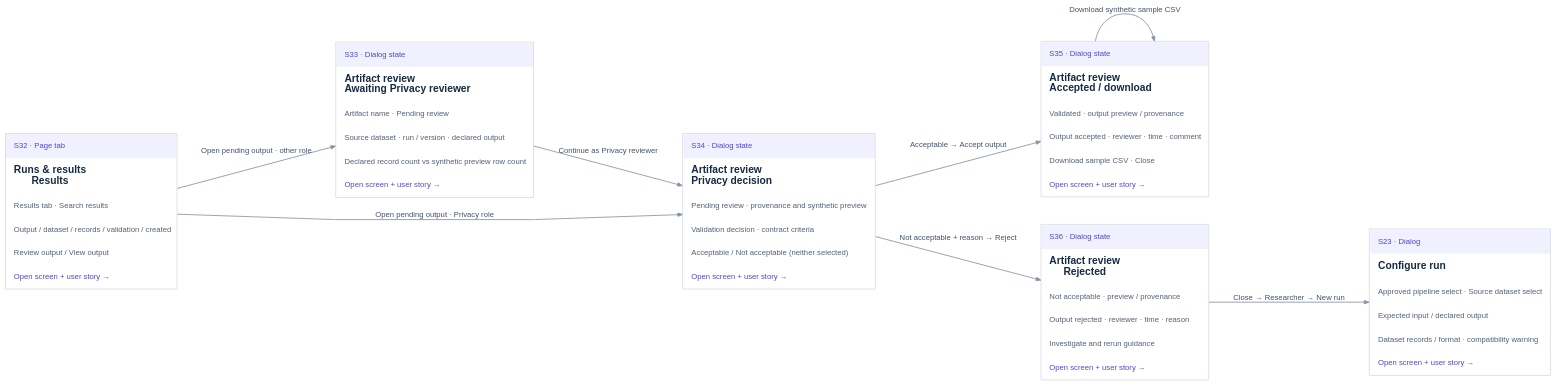
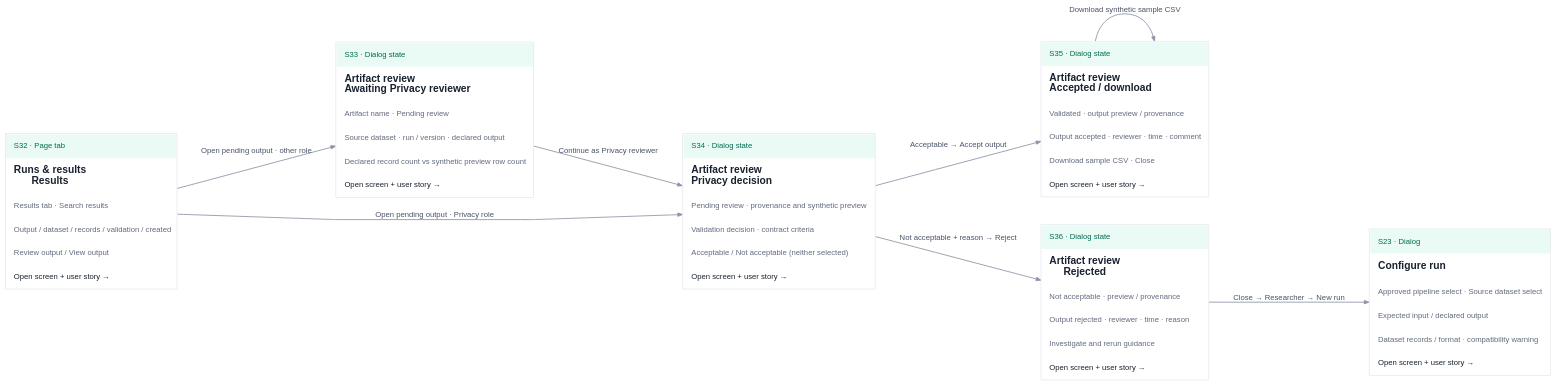
Before and after one commit to T-dotnet/Zero_trust: the diagram in public/mvp-flow-docs/flows/F09.dot, drawn with Graphviz. The commit also changed 50 other files, not shown here.

```diff
--- a/public/mvp-flow-docs/flows/F09.dot
+++ b/public/mvp-flow-docs/flows/F09.dot
@@ -1,18 +1,18 @@
 digraph flow {
 graph [rankdir=LR, bgcolor="transparent", pad="0.25", nodesep="0.6", ranksep="1.05", splines=polyline, outputorder=edgesfirst];
 node [shape=plain, fontname="Arial"];
-edge [color="#8590a2", fontcolor="#42526b", fontname="Arial", fontsize=12, arrowsize=0.75, penwidth=1.3];
-S32 [id="node-S32", href="#screen=S32&journey=F09", tooltip="Runs & results · Results", label=<<TABLE BORDER="1" COLOR="#cbd2df" CELLBORDER="0" CELLSPACING="0" CELLPADDING="12" BGCOLOR="white"><TR><TD ALIGN="LEFT" WIDTH="260" BGCOLOR="#f1f0ff"><FONT POINT-SIZE="12" COLOR="#5147cb">S32 · Page tab</FONT></TD></TR><TR><TD ALIGN="LEFT"><FONT POINT-SIZE="16" COLOR="#152b42"><B>Runs &amp; results<BR ALIGN="LEFT"/>Results</B></FONT></TD></TR><TR><TD ALIGN="LEFT"><FONT POINT-SIZE="12" COLOR="#52617a">Results tab · Search results</FONT></TD></TR><TR><TD ALIGN="LEFT"><FONT POINT-SIZE="12" COLOR="#52617a">Output / dataset / records / validation / created</FONT></TD></TR><TR><TD ALIGN="LEFT"><FONT POINT-SIZE="12" COLOR="#52617a">Review output / View output</FONT></TD></TR><TR><TD ALIGN="LEFT"><FONT POINT-SIZE="12" COLOR="#5147cb">Open screen + user story →</FONT></TD></TR></TABLE>>];
-S33 [id="node-S33", href="#screen=S33&journey=F09", tooltip="Artifact review · Awaiting Privacy reviewer", label=<<TABLE BORDER="1" COLOR="#cbd2df" CELLBORDER="0" CELLSPACING="0" CELLPADDING="12" BGCOLOR="white"><TR><TD ALIGN="LEFT" WIDTH="260" BGCOLOR="#f1f0ff"><FONT POINT-SIZE="12" COLOR="#5147cb">S33 · Dialog state</FONT></TD></TR><TR><TD ALIGN="LEFT"><FONT POINT-SIZE="16" COLOR="#152b42"><B>Artifact review<BR ALIGN="LEFT"/>Awaiting Privacy reviewer</B></FONT></TD></TR><TR><TD ALIGN="LEFT"><FONT POINT-SIZE="12" COLOR="#52617a">Artifact name · Pending review</FONT></TD></TR><TR><TD ALIGN="LEFT"><FONT POINT-SIZE="12" COLOR="#52617a">Source dataset · run / version · declared output</FONT></TD></TR><TR><TD ALIGN="LEFT"><FONT POINT-SIZE="12" COLOR="#52617a">Declared record count vs synthetic preview row count</FONT></TD></TR><TR><TD ALIGN="LEFT"><FONT POINT-SIZE="12" COLOR="#5147cb">Open screen + user story →</FONT></TD></TR></TABLE>>];
-S34 [id="node-S34", href="#screen=S34&journey=F09", tooltip="Artifact review · Privacy decision", label=<<TABLE BORDER="1" COLOR="#cbd2df" CELLBORDER="0" CELLSPACING="0" CELLPADDING="12" BGCOLOR="white"><TR><TD ALIGN="LEFT" WIDTH="260" BGCOLOR="#f1f0ff"><FONT POINT-SIZE="12" COLOR="#5147cb">S34 · Dialog state</FONT></TD></TR><TR><TD ALIGN="LEFT"><FONT POINT-SIZE="16" COLOR="#152b42"><B>Artifact review<BR ALIGN="LEFT"/>Privacy decision</B></FONT></TD></TR><TR><TD ALIGN="LEFT"><FONT POINT-SIZE="12" COLOR="#52617a">Pending review · provenance and synthetic preview</FONT></TD></TR><TR><TD ALIGN="LEFT"><FONT POINT-SIZE="12" COLOR="#52617a">Validation decision · contract criteria</FONT></TD></TR><TR><TD ALIGN="LEFT"><FONT POINT-SIZE="12" COLOR="#52617a">Acceptable / Not acceptable (neither selected)</FONT></TD></TR><TR><TD ALIGN="LEFT"><FONT POINT-SIZE="12" COLOR="#5147cb">Open screen + user story →</FONT></TD></TR></TABLE>>];
-S35 [id="node-S35", href="#screen=S35&journey=F09", tooltip="Artifact review · Accepted / download", label=<<TABLE BORDER="1" COLOR="#cbd2df" CELLBORDER="0" CELLSPACING="0" CELLPADDING="12" BGCOLOR="white"><TR><TD ALIGN="LEFT" WIDTH="260" BGCOLOR="#f1f0ff"><FONT POINT-SIZE="12" COLOR="#5147cb">S35 · Dialog state</FONT></TD></TR><TR><TD ALIGN="LEFT"><FONT POINT-SIZE="16" COLOR="#152b42"><B>Artifact review<BR ALIGN="LEFT"/>Accepted / download</B></FONT></TD></TR><TR><TD ALIGN="LEFT"><FONT POINT-SIZE="12" COLOR="#52617a">Validated · output preview / provenance</FONT></TD></TR><TR><TD ALIGN="LEFT"><FONT POINT-SIZE="12" COLOR="#52617a">Output accepted · reviewer · time · comment</FONT></TD></TR><TR><TD ALIGN="LEFT"><FONT POINT-SIZE="12" COLOR="#52617a">Download sample CSV · Close</FONT></TD></TR><TR><TD ALIGN="LEFT"><FONT POINT-SIZE="12" COLOR="#5147cb">Open screen + user story →</FONT></TD></TR></TABLE>>];
-S36 [id="node-S36", href="#screen=S36&journey=F09", tooltip="Artifact review · Rejected", label=<<TABLE BORDER="1" COLOR="#cbd2df" CELLBORDER="0" CELLSPACING="0" CELLPADDING="12" BGCOLOR="white"><TR><TD ALIGN="LEFT" WIDTH="260" BGCOLOR="#f1f0ff"><FONT POINT-SIZE="12" COLOR="#5147cb">S36 · Dialog state</FONT></TD></TR><TR><TD ALIGN="LEFT"><FONT POINT-SIZE="16" COLOR="#152b42"><B>Artifact review<BR ALIGN="LEFT"/>Rejected</B></FONT></TD></TR><TR><TD ALIGN="LEFT"><FONT POINT-SIZE="12" COLOR="#52617a">Not acceptable · preview / provenance</FONT></TD></TR><TR><TD ALIGN="LEFT"><FONT POINT-SIZE="12" COLOR="#52617a">Output rejected · reviewer · time · reason</FONT></TD></TR><TR><TD ALIGN="LEFT"><FONT POINT-SIZE="12" COLOR="#52617a">Investigate and rerun guidance</FONT></TD></TR><TR><TD ALIGN="LEFT"><FONT POINT-SIZE="12" COLOR="#5147cb">Open screen + user story →</FONT></TD></TR></TABLE>>];
-S23 [id="node-S23", href="#screen=S23&journey=F09", tooltip="Configure run", label=<<TABLE BORDER="1" COLOR="#cbd2df" CELLBORDER="0" CELLSPACING="0" CELLPADDING="12" BGCOLOR="white"><TR><TD ALIGN="LEFT" WIDTH="260" BGCOLOR="#f1f0ff"><FONT POINT-SIZE="12" COLOR="#5147cb">S23 · Dialog</FONT></TD></TR><TR><TD ALIGN="LEFT"><FONT POINT-SIZE="16" COLOR="#152b42"><B>Configure run</B></FONT></TD></TR><TR><TD ALIGN="LEFT"><FONT POINT-SIZE="12" COLOR="#52617a">Approved pipeline select · Source dataset select</FONT></TD></TR><TR><TD ALIGN="LEFT"><FONT POINT-SIZE="12" COLOR="#52617a">Expected input / declared output</FONT></TD></TR><TR><TD ALIGN="LEFT"><FONT POINT-SIZE="12" COLOR="#52617a">Dataset records / format · compatibility warning</FONT></TD></TR><TR><TD ALIGN="LEFT"><FONT POINT-SIZE="12" COLOR="#5147cb">Open screen + user story →</FONT></TD></TR></TABLE>>];
+edge [color="#8c91a4", fontcolor="#495268", fontname="Arial", fontsize=12, arrowsize=0.75, penwidth=1.3];
+S32 [id="node-S32", href="#screen=S32&journey=F09", tooltip="Runs & results · Results", label=<<TABLE BORDER="1" COLOR="#e0e4ec" CELLBORDER="0" CELLSPACING="0" CELLPADDING="12" BGCOLOR="white"><TR><TD ALIGN="LEFT" WIDTH="260" BGCOLOR="#eafbf5"><FONT POINT-SIZE="12" COLOR="#006b50">S32 · Page tab</FONT></TD></TR><TR><TD ALIGN="LEFT"><FONT POINT-SIZE="16" COLOR="#18212f"><B>Runs &amp; results<BR ALIGN="LEFT"/>Results</B></FONT></TD></TR><TR><TD ALIGN="LEFT"><FONT POINT-SIZE="12" COLOR="#626a7e">Results tab · Search results</FONT></TD></TR><TR><TD ALIGN="LEFT"><FONT POINT-SIZE="12" COLOR="#626a7e">Output / dataset / records / validation / created</FONT></TD></TR><TR><TD ALIGN="LEFT"><FONT POINT-SIZE="12" COLOR="#626a7e">Review output / View output</FONT></TD></TR><TR><TD ALIGN="LEFT"><FONT POINT-SIZE="12" COLOR="#18212f">Open screen + user story →</FONT></TD></TR></TABLE>>];
+S33 [id="node-S33", href="#screen=S33&journey=F09", tooltip="Artifact review · Awaiting Privacy reviewer", label=<<TABLE BORDER="1" COLOR="#e0e4ec" CELLBORDER="0" CELLSPACING="0" CELLPADDING="12" BGCOLOR="white"><TR><TD ALIGN="LEFT" WIDTH="260" BGCOLOR="#eafbf5"><FONT POINT-SIZE="12" COLOR="#006b50">S33 · Dialog state</FONT></TD></TR><TR><TD ALIGN="LEFT"><FONT POINT-SIZE="16" COLOR="#18212f"><B>Artifact review<BR ALIGN="LEFT"/>Awaiting Privacy reviewer</B></FONT></TD></TR><TR><TD ALIGN="LEFT"><FONT POINT-SIZE="12" COLOR="#626a7e">Artifact name · Pending review</FONT></TD></TR><TR><TD ALIGN="LEFT"><FONT POINT-SIZE="12" COLOR="#626a7e">Source dataset · run / version · declared output</FONT></TD></TR><TR><TD ALIGN="LEFT"><FONT POINT-SIZE="12" COLOR="#626a7e">Declared record count vs synthetic preview row count</FONT></TD></TR><TR><TD ALIGN="LEFT"><FONT POINT-SIZE="12" COLOR="#18212f">Open screen + user story →</FONT></TD></TR></TABLE>>];
+S34 [id="node-S34", href="#screen=S34&journey=F09", tooltip="Artifact review · Privacy decision", label=<<TABLE BORDER="1" COLOR="#e0e4ec" CELLBORDER="0" CELLSPACING="0" CELLPADDING="12" BGCOLOR="white"><TR><TD ALIGN="LEFT" WIDTH="260" BGCOLOR="#eafbf5"><FONT POINT-SIZE="12" COLOR="#006b50">S34 · Dialog state</FONT></TD></TR><TR><TD ALIGN="LEFT"><FONT POINT-SIZE="16" COLOR="#18212f"><B>Artifact review<BR ALIGN="LEFT"/>Privacy decision</B></FONT></TD></TR><TR><TD ALIGN="LEFT"><FONT POINT-SIZE="12" COLOR="#626a7e">Pending review · provenance and synthetic preview</FONT></TD></TR><TR><TD ALIGN="LEFT"><FONT POINT-SIZE="12" COLOR="#626a7e">Validation decision · contract criteria</FONT></TD></TR><TR><TD ALIGN="LEFT"><FONT POINT-SIZE="12" COLOR="#626a7e">Acceptable / Not acceptable (neither selected)</FONT></TD></TR><TR><TD ALIGN="LEFT"><FONT POINT-SIZE="12" COLOR="#18212f">Open screen + user story →</FONT></TD></TR></TABLE>>];
+S35 [id="node-S35", href="#screen=S35&journey=F09", tooltip="Artifact review · Accepted / download", label=<<TABLE BORDER="1" COLOR="#e0e4ec" CELLBORDER="0" CELLSPACING="0" CELLPADDING="12" BGCOLOR="white"><TR><TD ALIGN="LEFT" WIDTH="260" BGCOLOR="#eafbf5"><FONT POINT-SIZE="12" COLOR="#006b50">S35 · Dialog state</FONT></TD></TR><TR><TD ALIGN="LEFT"><FONT POINT-SIZE="16" COLOR="#18212f"><B>Artifact review<BR ALIGN="LEFT"/>Accepted / download</B></FONT></TD></TR><TR><TD ALIGN="LEFT"><FONT POINT-SIZE="12" COLOR="#626a7e">Validated · output preview / provenance</FONT></TD></TR><TR><TD ALIGN="LEFT"><FONT POINT-SIZE="12" COLOR="#626a7e">Output accepted · reviewer · time · comment</FONT></TD></TR><TR><TD ALIGN="LEFT"><FONT POINT-SIZE="12" COLOR="#626a7e">Download sample CSV · Close</FONT></TD></TR><TR><TD ALIGN="LEFT"><FONT POINT-SIZE="12" COLOR="#18212f">Open screen + user story →</FONT></TD></TR></TABLE>>];
+S36 [id="node-S36", href="#screen=S36&journey=F09", tooltip="Artifact review · Rejected", label=<<TABLE BORDER="1" COLOR="#e0e4ec" CELLBORDER="0" CELLSPACING="0" CELLPADDING="12" BGCOLOR="white"><TR><TD ALIGN="LEFT" WIDTH="260" BGCOLOR="#eafbf5"><FONT POINT-SIZE="12" COLOR="#006b50">S36 · Dialog state</FONT></TD></TR><TR><TD ALIGN="LEFT"><FONT POINT-SIZE="16" COLOR="#18212f"><B>Artifact review<BR ALIGN="LEFT"/>Rejected</B></FONT></TD></TR><TR><TD ALIGN="LEFT"><FONT POINT-SIZE="12" COLOR="#626a7e">Not acceptable · preview / provenance</FONT></TD></TR><TR><TD ALIGN="LEFT"><FONT POINT-SIZE="12" COLOR="#626a7e">Output rejected · reviewer · time · reason</FONT></TD></TR><TR><TD ALIGN="LEFT"><FONT POINT-SIZE="12" COLOR="#626a7e">Investigate and rerun guidance</FONT></TD></TR><TR><TD ALIGN="LEFT"><FONT POINT-SIZE="12" COLOR="#18212f">Open screen + user story →</FONT></TD></TR></TABLE>>];
+S23 [id="node-S23", href="#screen=S23&journey=F09", tooltip="Configure run", label=<<TABLE BORDER="1" COLOR="#e0e4ec" CELLBORDER="0" CELLSPACING="0" CELLPADDING="12" BGCOLOR="white"><TR><TD ALIGN="LEFT" WIDTH="260" BGCOLOR="#eafbf5"><FONT POINT-SIZE="12" COLOR="#006b50">S23 · Dialog</FONT></TD></TR><TR><TD ALIGN="LEFT"><FONT POINT-SIZE="16" COLOR="#18212f"><B>Configure run</B></FONT></TD></TR><TR><TD ALIGN="LEFT"><FONT POINT-SIZE="12" COLOR="#626a7e">Approved pipeline select · Source dataset select</FONT></TD></TR><TR><TD ALIGN="LEFT"><FONT POINT-SIZE="12" COLOR="#626a7e">Expected input / declared output</FONT></TD></TR><TR><TD ALIGN="LEFT"><FONT POINT-SIZE="12" COLOR="#626a7e">Dataset records / format · compatibility warning</FONT></TD></TR><TR><TD ALIGN="LEFT"><FONT POINT-SIZE="12" COLOR="#18212f">Open screen + user story →</FONT></TD></TR></TABLE>>];
 S32 -> S33 [label="Open pending output · other role", tooltip="Open pending output · other role"];
 S33 -> S34 [label="Continue as Privacy reviewer", tooltip="Continue as Privacy reviewer"];
 S32 -> S34 [label="Open pending output · Privacy role", tooltip="Open pending output · Privacy role"];
 S34 -> S35 [label="Acceptable → Accept output", tooltip="Acceptable → Accept output"];
 S34 -> S36 [label="Not acceptable + reason → Reject", tooltip="Not acceptable + reason → Reject"];
 S35 -> S35 [label="Download synthetic sample CSV", tooltip="Download synthetic sample CSV"];
 S36 -> S23 [label="Close → Researcher → New run", tooltip="Close → Researcher → New run"];
 }
```
